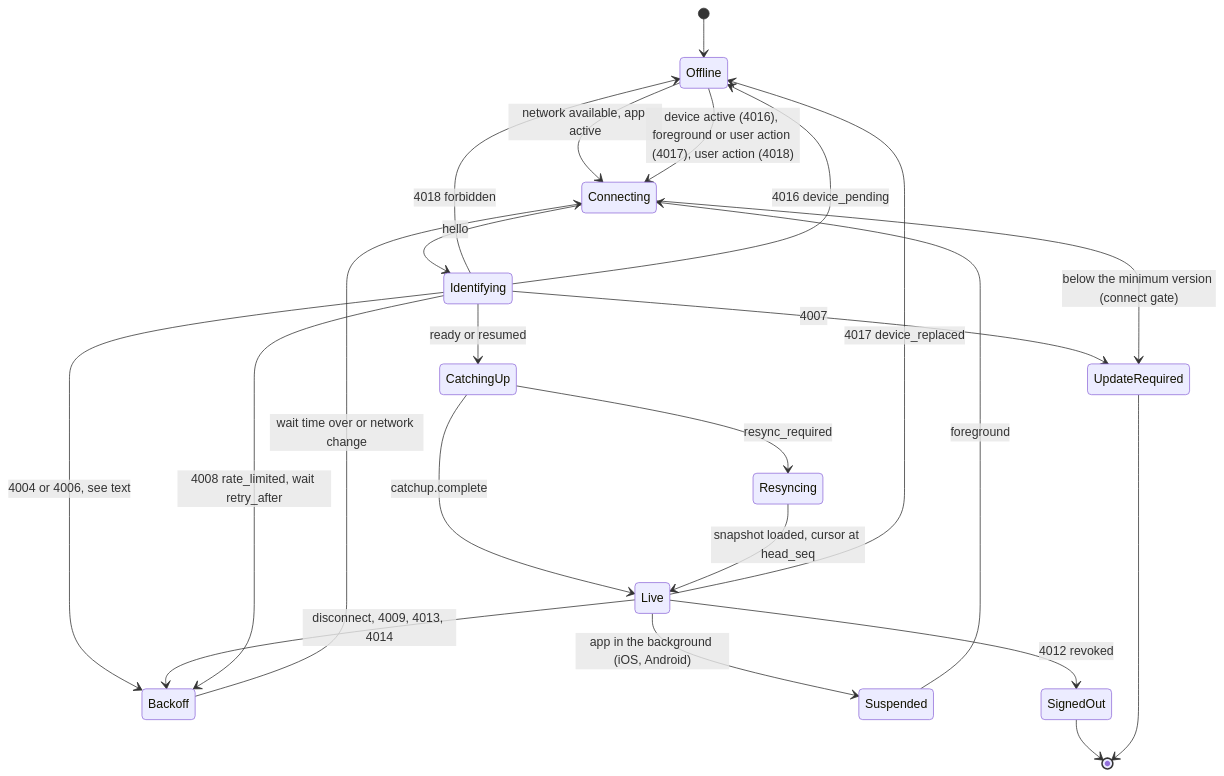
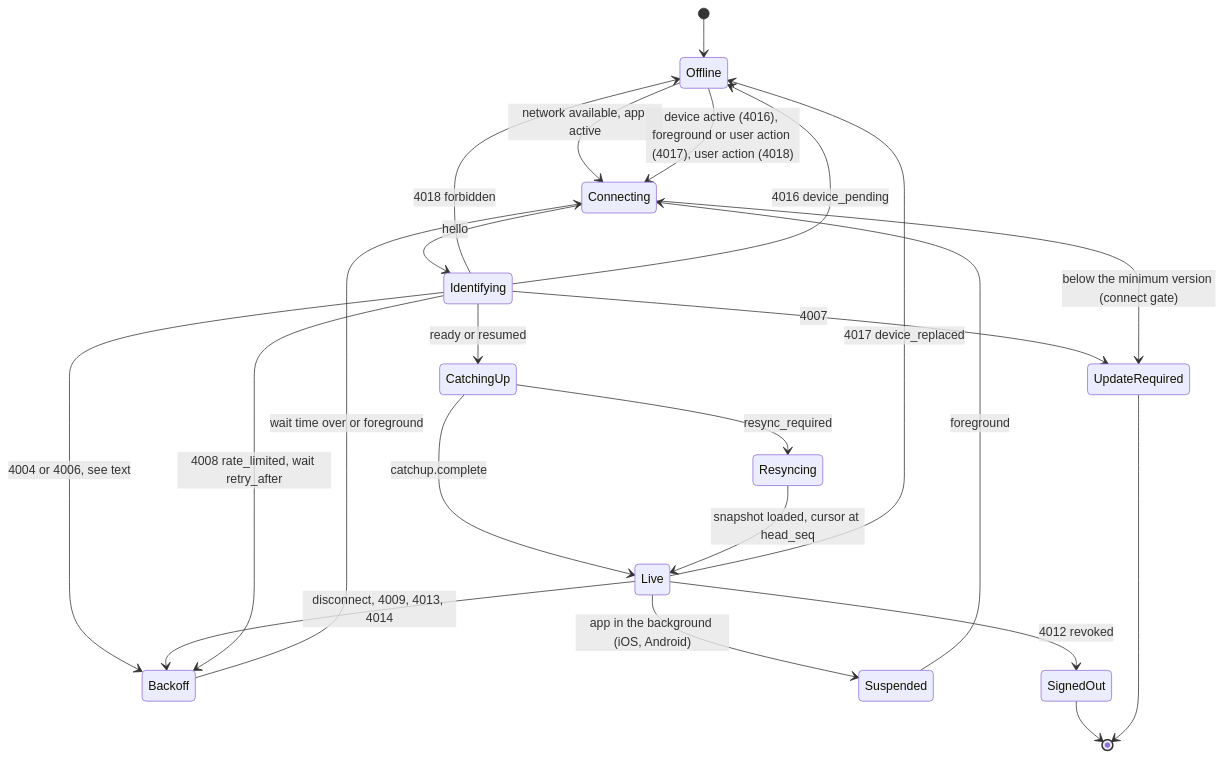
The third of 5 diagrams in docs/spec/15-client-architecture.md (mguttmann/bothy), drawn with Mermaid before and after one commit. The commit also changed other lines of this file and 54 other files, not shown here.

````diff
--- a/docs/spec/15-client-architecture.md
+++ b/docs/spec/15-client-architecture.md
@@ -386,25 +386,25 @@
 ```mermaid
 stateDiagram-v2
   [*] --> Offline
   Offline --> Connecting: network available, app active
   Connecting --> Identifying: hello
   Identifying --> CatchingUp: ready or resumed
   Identifying --> Backoff: 4004 or 4006, see text
   CatchingUp --> Live: catchup.complete
   CatchingUp --> Resyncing: resync_required
   Resyncing --> Live: snapshot loaded, cursor at head_seq
   Live --> Backoff: disconnect, 4009, 4013, 4014
-  Backoff --> Connecting: wait time over or network change
+  Backoff --> Connecting: wait time over or foreground
   Live --> Suspended: app in the background (iOS, Android)
   Suspended --> Connecting: foreground
   Live --> SignedOut: 4012 revoked
   Identifying --> UpdateRequired: 4007
   Connecting --> UpdateRequired: below the minimum version (connect gate)
   Identifying --> Offline: 4018 forbidden
   Identifying --> Offline: 4016 device_pending
   Live --> Offline: 4017 device_replaced
   Identifying --> Backoff: 4008 rate_limited, wait retry_after
   Offline --> Connecting: device active (4016), foreground or user action (4017), user action (4018)
   SignedOut --> [*]
   UpdateRequired --> [*]
 ```
````
